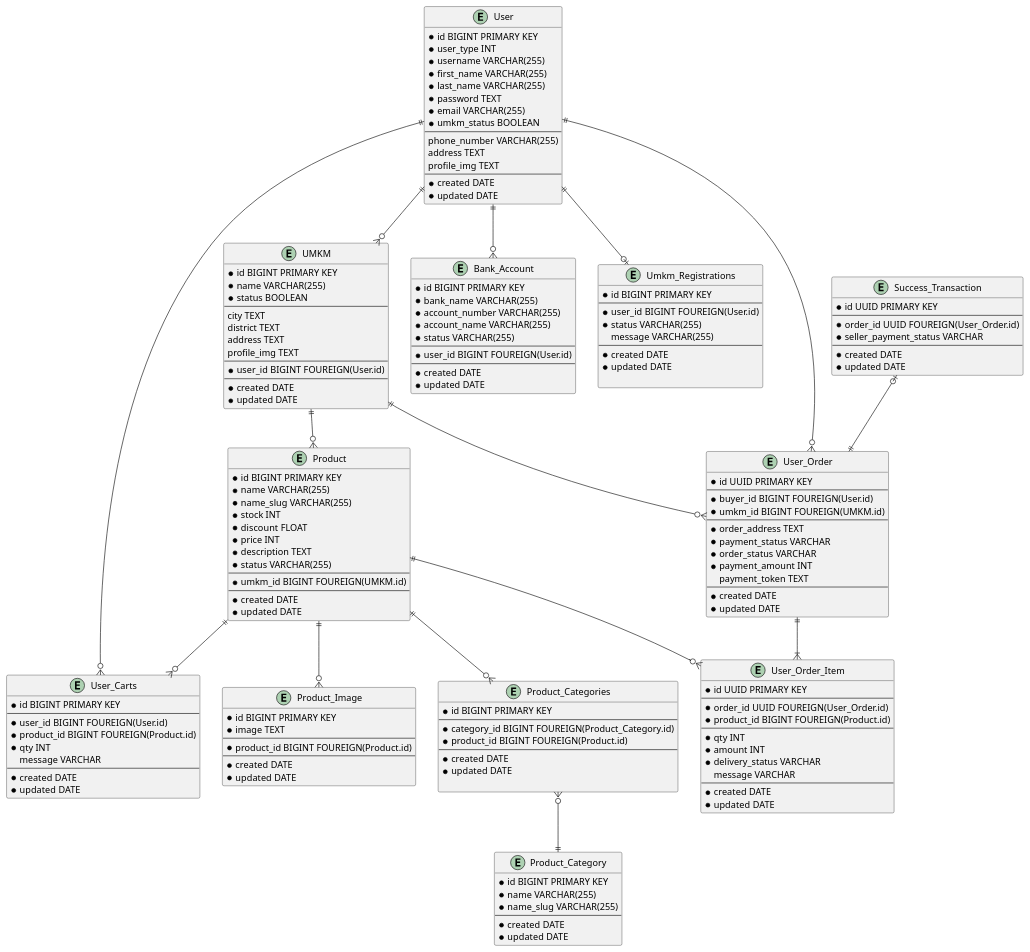
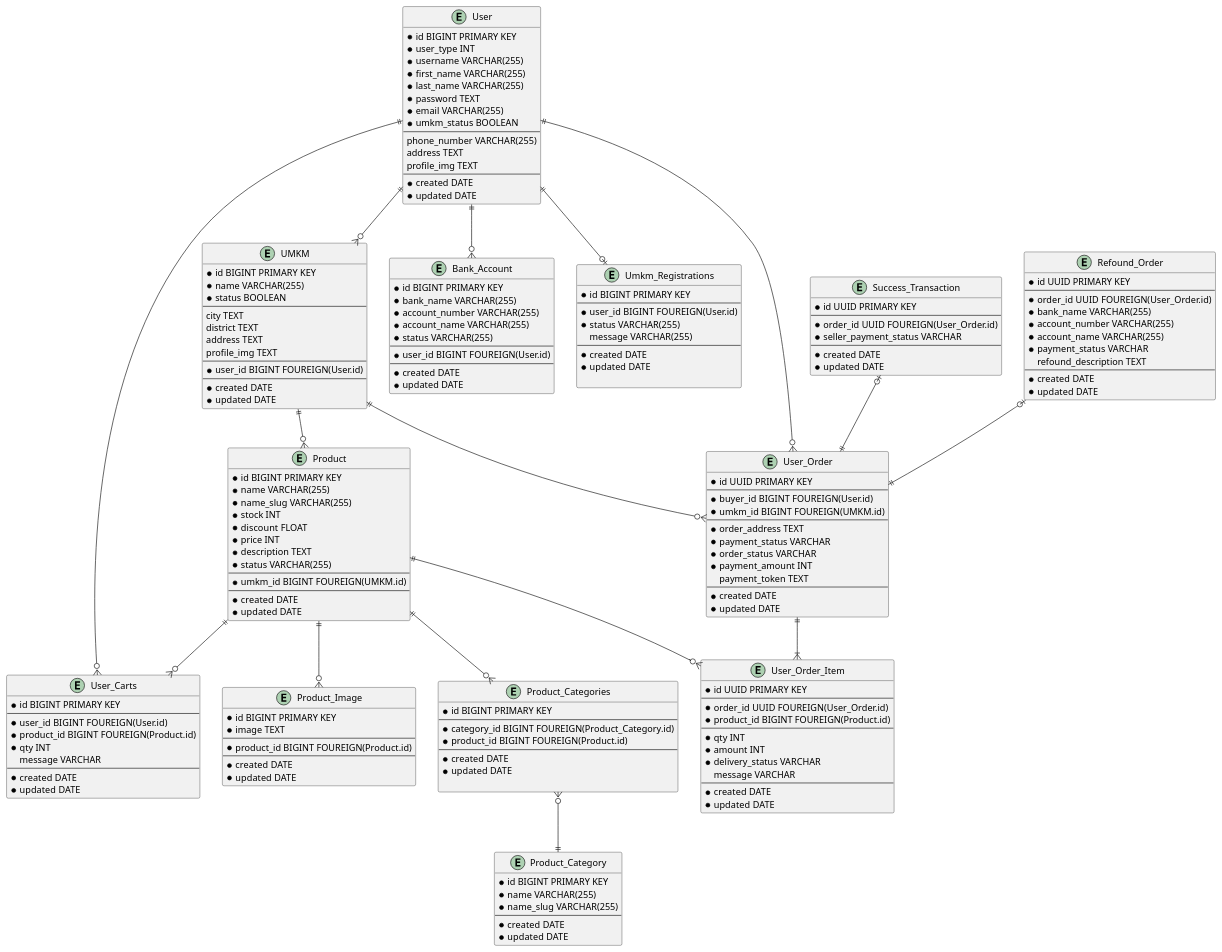
One commit to vithiaz/ecomm_UMKM_tomohon changed the diagram in db_design.puml. Above: the diagram before and after it, drawn with PlantUML. The commit also changed 24 other files, not shown here.

```diff
--- a/db_design.puml
+++ b/db_design.puml
@@ -182,6 +182,22 @@
     * updated DATE
 }
 
+entity Refound_Order {
+    * id UUID PRIMARY KEY
+    --
+    * order_id UUID FOUREIGN(User_Order.id)
+    * bank_name VARCHAR(255)
+    * account_number VARCHAR(255)
+    * account_name VARCHAR(255)
+    * payment_status VARCHAR
+    ' pending
+    ' settlement
+    refound_description TEXT
+    --
+    * created DATE
+    * updated DATE
+}
+
 
 ' Relation
 User ||--o{ UMKM
@@ -204,5 +220,6 @@
 User_Order ||--|{ User_Order_Item
 
 Success_Transaction |o--|| User_Order
+Refound_Order |o--|| User_Order
 
 @enduml
```
